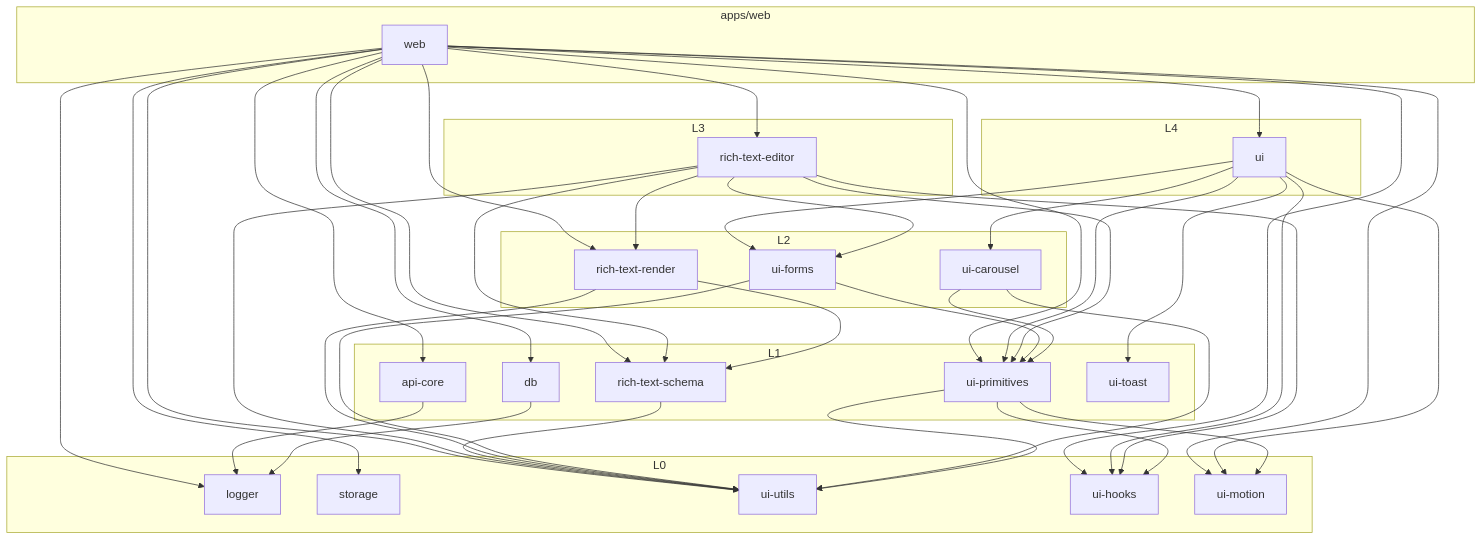
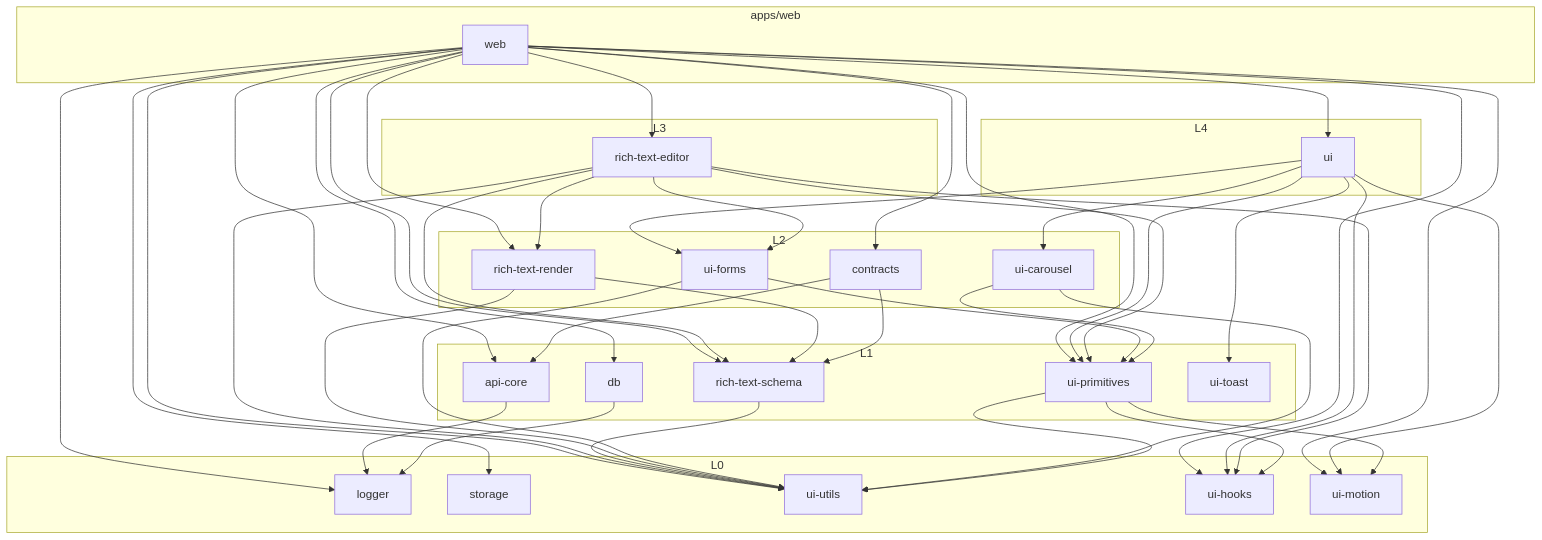
Before and after one commit to lthphuw/byte-of-me: the third of 9 diagrams in docs/architecture.md, drawn with Mermaid. The commit also changed other lines of this file and 236 other files, not shown here.

````diff
--- a/docs/architecture.md
+++ b/docs/architecture.md
@@ -179,68 +183,72 @@
 ```mermaid
 flowchart TB
     subgraph APP["apps/web"]
         WEB["web"]
     end
     subgraph L4["L4"]
         UI["ui"]
     end
     subgraph L3["L3"]
         EDITOR["rich-text-editor"]
     end
     subgraph L2["L2"]
         FORMS["ui-forms"]
         CAROUSEL["ui-carousel"]
         RENDER["rich-text-render"]
+        CONTRACTS["contracts"]
     end
     subgraph L1["L1"]
         API["api-core"]
         DB["db"]
         SCHEMA["rich-text-schema"]
         PRIMS["ui-primitives"]
         TOAST["ui-toast"]
     end
     subgraph L0["L0"]
         LOG["logger"]
         ST["storage"]
         UTILS["ui-utils"]
         HOOKS["ui-hooks"]
         MOTION["ui-motion"]
     end
 
     WEB --> UI
     WEB --> EDITOR
     WEB --> API
     WEB --> DB
     WEB --> ST
     WEB --> LOG
     WEB --> UTILS
     WEB --> HOOKS
     WEB --> MOTION
     WEB --> PRIMS
     WEB --> SCHEMA
     WEB --> RENDER
+    WEB --> CONTRACTS
     UI --> HOOKS
     UI --> MOTION
     UI --> PRIMS
     UI --> TOAST
     UI --> FORMS
     UI --> CAROUSEL
     EDITOR --> SCHEMA
     EDITOR --> RENDER
     EDITOR --> UTILS
     EDITOR --> HOOKS
     EDITOR --> PRIMS
     EDITOR --> FORMS
     SCHEMA --> UTILS
     RENDER --> SCHEMA
     RENDER --> UTILS
     FORMS --> PRIMS
     FORMS --> UTILS
     CAROUSEL --> PRIMS
     CAROUSEL --> UTILS
     PRIMS --> UTILS
     PRIMS --> HOOKS
     PRIMS --> MOTION
+    CONTRACTS --> API
+    CONTRACTS --> SCHEMA
     API --> LOG
     DB --> LOG
 ```
````
